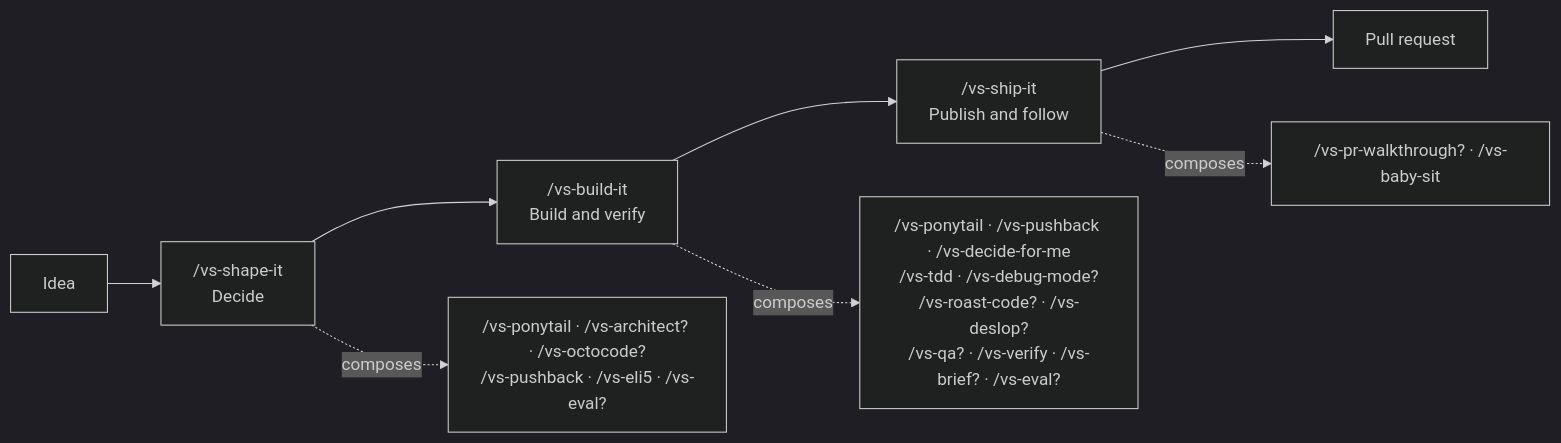
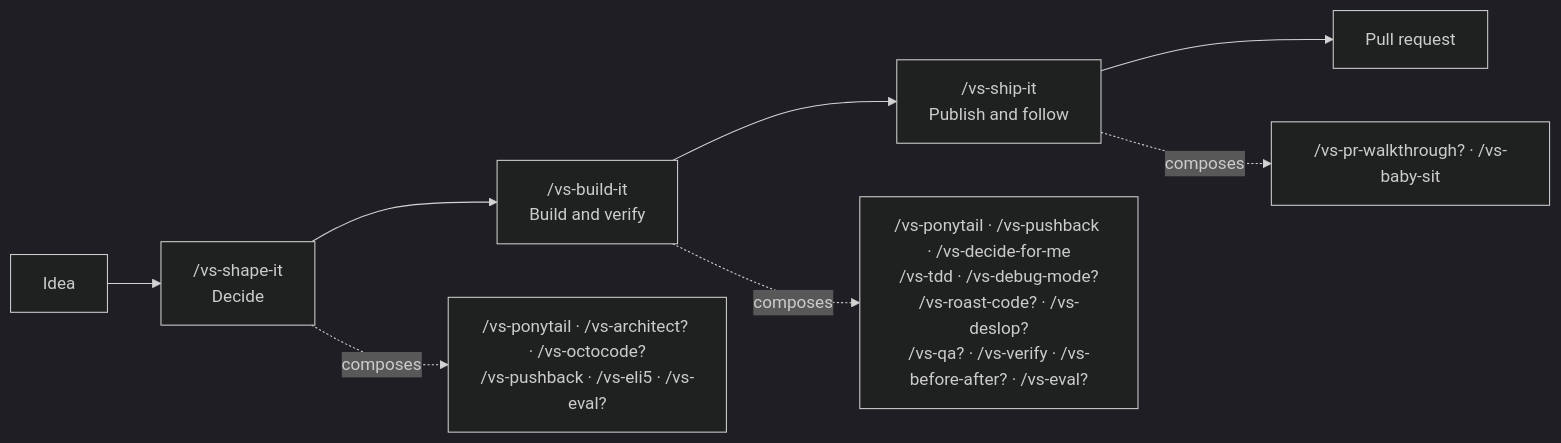
The first of 4 diagrams in README.md (vltansky/vs), drawn with Mermaid (dark theme) before and after one commit. The commit also changed other lines of this file and 25 other files, not shown here.

Commit message:
feat: replace brief with functional before-after

````diff
--- a/README.md
+++ b/README.md
@@ -34,10 +34,10 @@
 ```mermaid
 flowchart LR
     I[Idea] --> S["/vs-shape-it<br/>Decide"] --> B["/vs-build-it<br/>Build and verify"]
     B --> P["/vs-ship-it<br/>Publish and follow"]
     P --> O[Pull request]
 
     S -. composes .-> SC["/vs-ponytail · /vs-architect? · /vs-octocode?<br/>/vs-pushback · /vs-eli5 · /vs-eval?"]
-    B -. composes .-> BC["/vs-ponytail · /vs-pushback · /vs-decide-for-me<br/>/vs-tdd · /vs-debug-mode?<br/>/vs-roast-code? · /vs-deslop?<br/>/vs-qa? · /vs-verify · /vs-brief? · /vs-eval?"]
+    B -. composes .-> BC["/vs-ponytail · /vs-pushback · /vs-decide-for-me<br/>/vs-tdd · /vs-debug-mode?<br/>/vs-roast-code? · /vs-deslop?<br/>/vs-qa? · /vs-verify · /vs-before-after? · /vs-eval?"]
     P -. composes .-> PC["/vs-pr-walkthrough? · /vs-baby-sit"]
 ```
````
